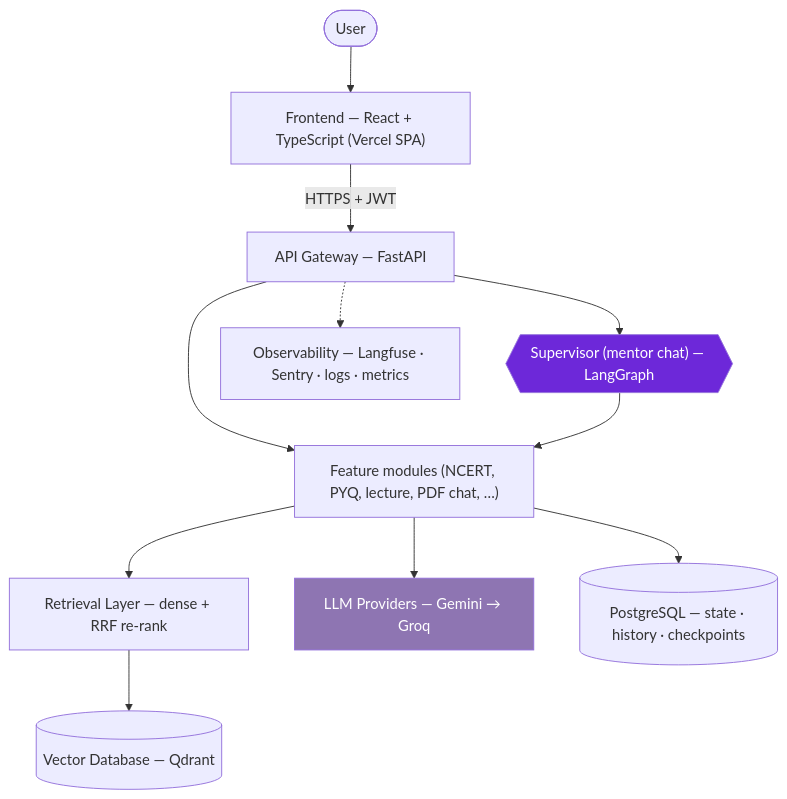
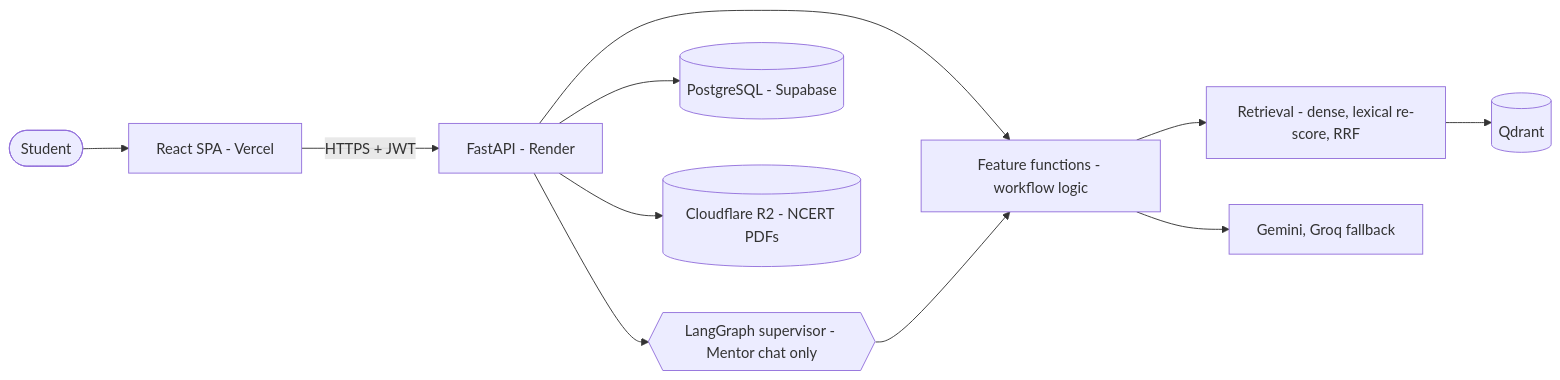
One commit to Vishal-AI-ML-Dev/UPSC-AI-PRO changed the first of 2 diagrams in README.md. Above: the diagram before and after it, drawn with Mermaid. The commit also changed other lines of this file and 19 other files, not shown here.

````diff
--- a/README.md
+++ b/README.md
@@ -68,15 +60,13 @@
 ```mermaid
-flowchart TD
-    U([User]) --> FE["Frontend — React + TypeScript (Vercel SPA)"]
-    FE -->|HTTPS + JWT| GW["API Gateway — FastAPI"]
-    GW --> SUP{{"Supervisor (mentor chat) — LangGraph"}}
-    GW --> AG["Feature modules (NCERT, PYQ, lecture, PDF chat, …)"]
-    SUP --> AG
-    AG --> RET["Retrieval Layer — dense + RRF re-rank"]
-    RET --> VDB[("Vector Database — Qdrant")]
-    AG --> LLM["LLM Providers — Gemini → Groq"]
-    GW -.-> OBS["Observability — Langfuse · Sentry · logs · metrics"]
-    AG --> PG[("PostgreSQL — state · history · checkpoints")]
-    style SUP fill:#6D28D9,color:#fff
-    style LLM fill:#8E75B2,color:#fff
+flowchart LR
+    S(["Student"]) --> FE["React SPA - Vercel"]
+    FE -->|"HTTPS + JWT"| API["FastAPI - Render"]
+    API --> SUP{{"LangGraph supervisor - Mentor chat only"}}
+    API --> FN["Feature functions - workflow logic"]
+    SUP --> FN
+    FN --> RET["Retrieval - dense, lexical re-score, RRF"]
+    RET --> QD[("Qdrant")]
+    FN --> LLM["Gemini, Groq fallback"]
+    API --> PG[("PostgreSQL - Supabase")]
+    API --> R2[("Cloudflare R2 - NCERT PDFs")]
 ```
````
